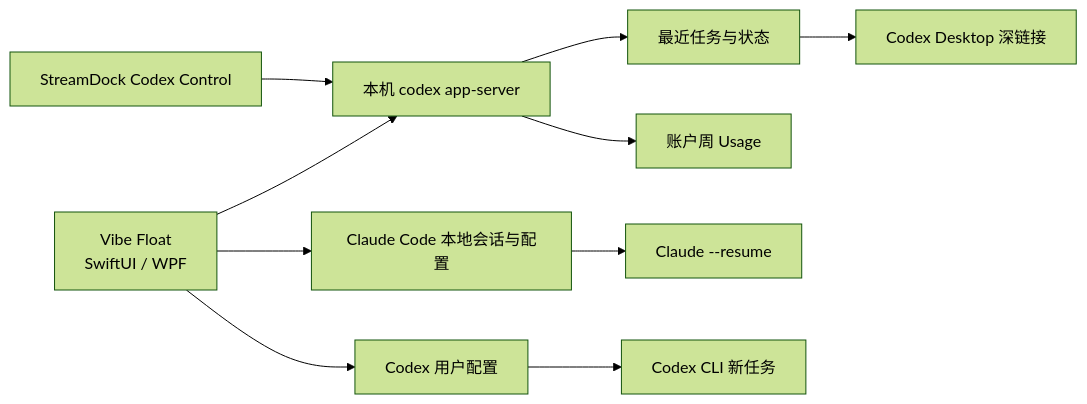
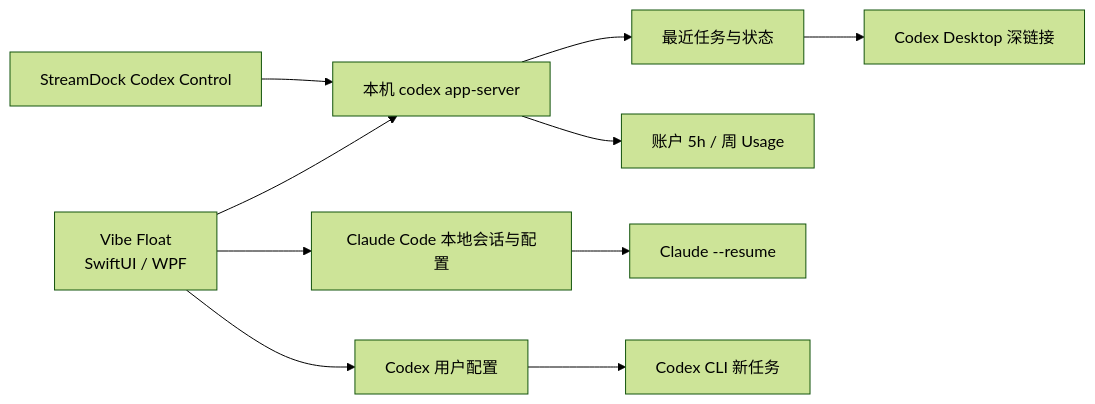
The diagram in README.md (saheru/vibe-float), drawn with Mermaid (forest theme) before and after one commit. The commit also changed other lines of this file and 15 other files, not shown here.

````diff
--- a/README.md
+++ b/README.md
@@ -101,12 +102,12 @@
 ```mermaid
 flowchart LR
     Float["Vibe Float<br/>SwiftUI / WPF"] --> AS["本机 codex app-server"]
     Float --> Claude["Claude Code 本地会话与配置"]
     AS --> Threads["最近任务与状态"]
-    AS --> Limits["账户周 Usage"]
+    AS --> Limits["账户 5h / 周 Usage"]
     Float --> Config["Codex 用户配置"]
     Config --> CLI["Codex CLI 新任务"]
     Threads --> Desktop["Codex Desktop 深链接"]
     Claude --> Resume["Claude --resume"]
     Dock["StreamDock Codex Control"] --> AS
 ```
````
